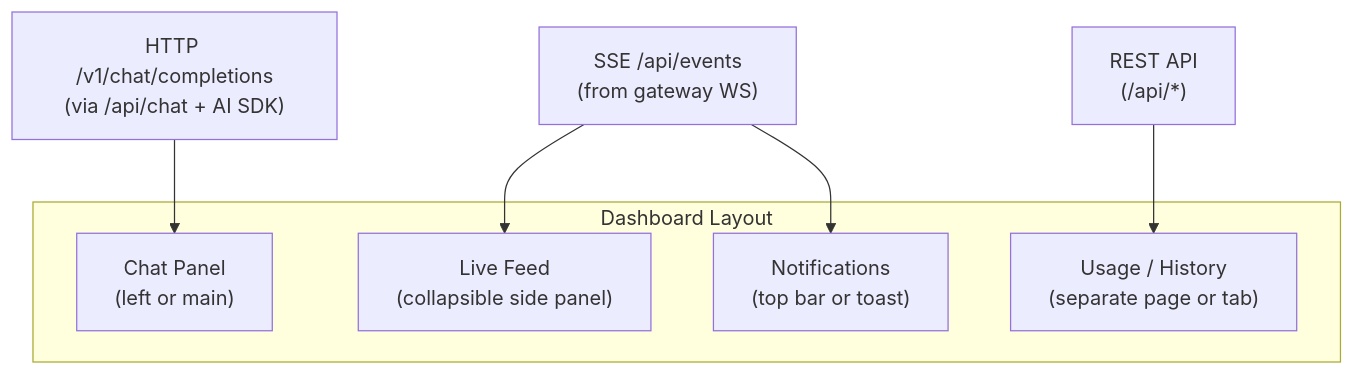
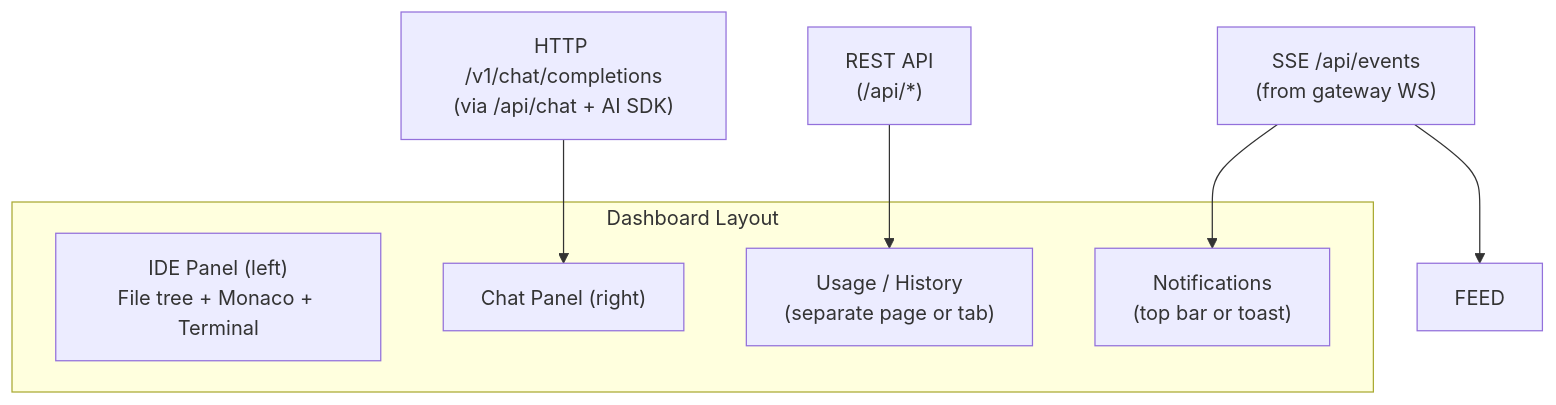
One commit to 1qh/claw changed the third of 4 diagrams in plan/04-frontend.md. Above: the diagram before and after it, drawn with Mermaid. The commit also changed 6 other files, not shown here.

````diff
--- a/plan/04-frontend.md
+++ b/plan/04-frontend.md
@@ -130,13 +130,13 @@
 ```mermaid
 graph TB
     subgraph "Dashboard Layout"
-        CHAT["Chat Panel\n(left or main)"]
-        FEED["Live Feed\n(collapsible side panel)"]
+        IDE["IDE Panel (left)\nFile tree + Monaco + Terminal"]
+        CHAT["Chat Panel (right)"]
         NOTIF["Notifications\n(top bar or toast)"]
         USAGE["Usage / History\n(separate page or tab)"]
     end
 
     HTTP["HTTP /v1/chat/completions\n(via /api/chat + AI SDK)"] --> CHAT
     SSE["SSE /api/events\n(from gateway WS)"] --> FEED & NOTIF
     API["REST API\n(/api/*)"] --> USAGE
 ```
````
